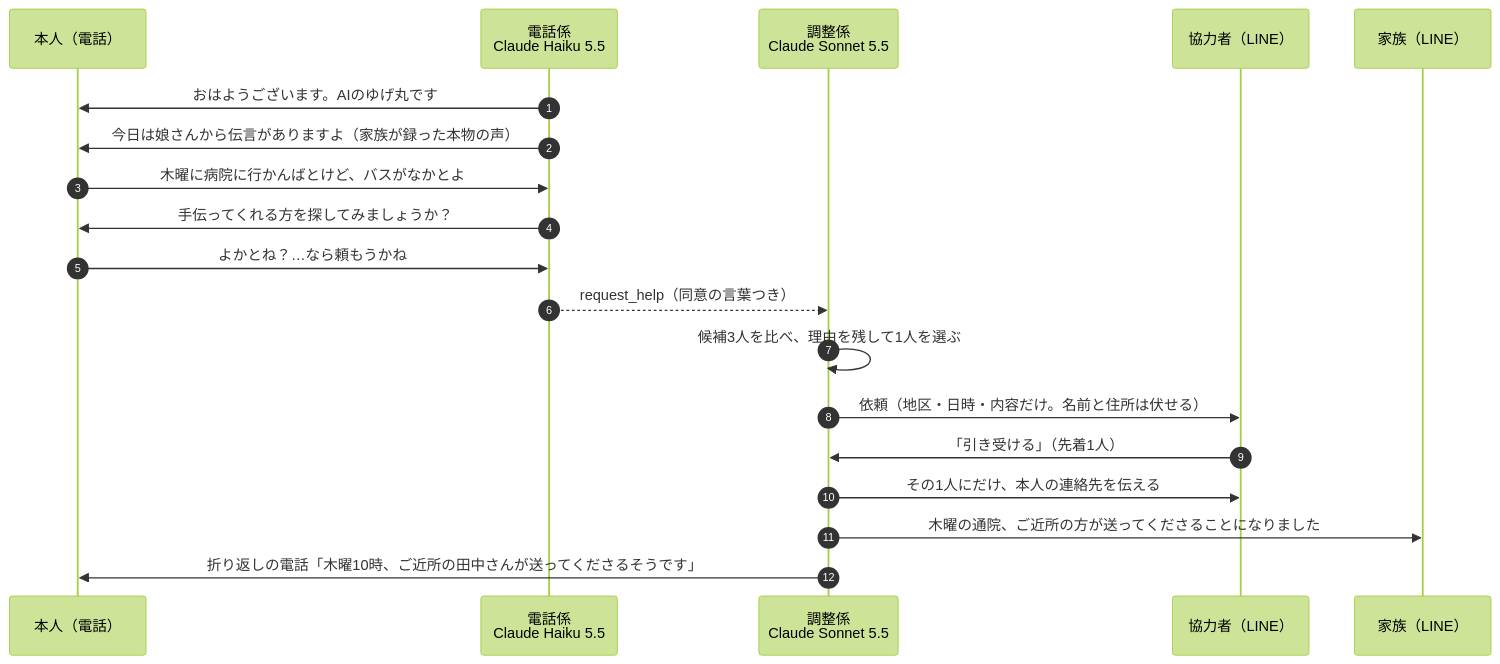
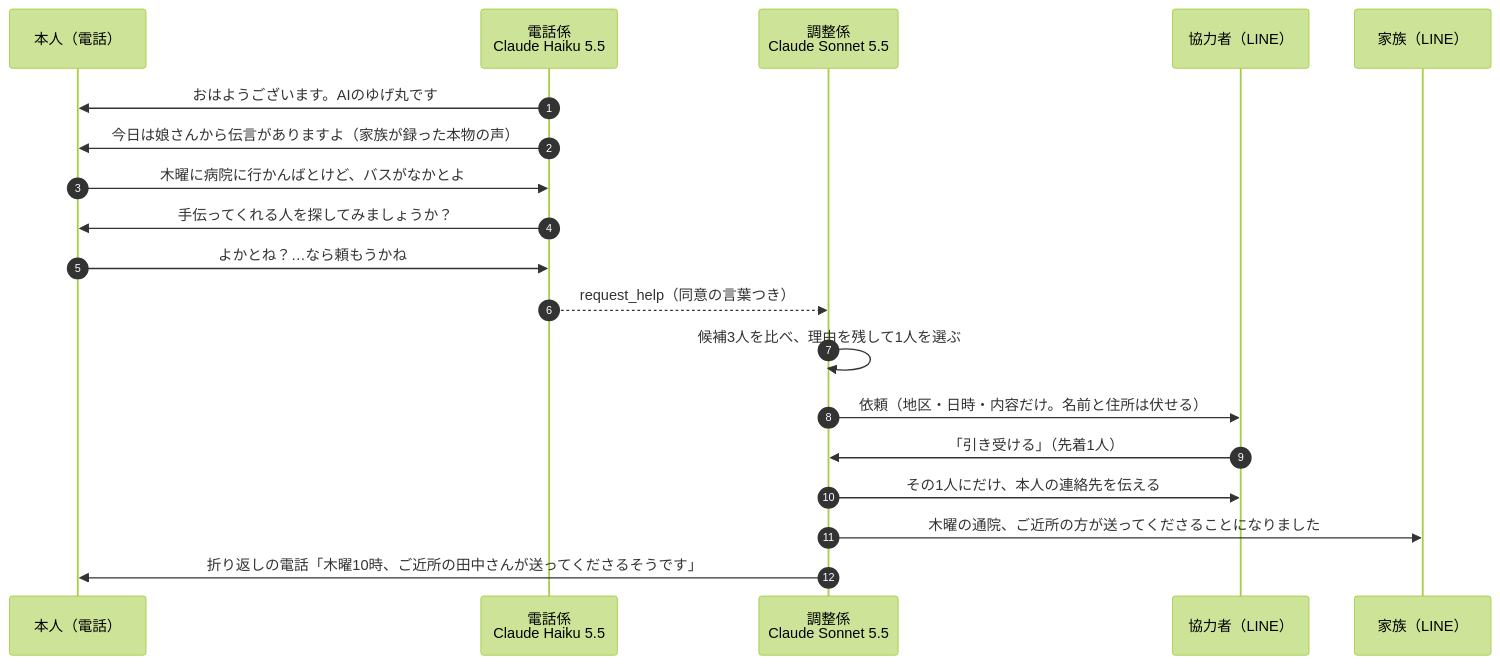
Before and after one commit to shogomatsu/denwaban-ai: the first of 2 diagrams in README.md, drawn with Mermaid (forest theme). The commit also changed other lines of this file and 8 other files, not shown here.

````diff
--- a/README.md
+++ b/README.md
@@ -31,21 +31,21 @@
 ```mermaid
 sequenceDiagram
     autonumber
     participant 本人 as 本人（電話）
     participant 電話係 as 電話係<br/>Claude Haiku 5.5
     participant 調整係 as 調整係<br/>Claude Sonnet 5.5
     participant 協力者 as 協力者（LINE）
     participant 家族 as 家族（LINE）
     電話係->>本人: おはようございます。AIのゆげ丸です
     電話係->>本人: 今日は娘さんから伝言がありますよ（家族が録った本物の声）
     本人->>電話係: 木曜に病院に行かんばとけど、バスがなかとよ
-    電話係->>本人: 手伝ってくれる方を探してみましょうか？
+    電話係->>本人: 手伝ってくれる人を探してみましょうか？
     本人->>電話係: よかとね？…なら頼もうかね
     電話係-->>調整係: request_help（同意の言葉つき）
     調整係->>調整係: 候補3人を比べ、理由を残して1人を選ぶ
     調整係->>協力者: 依頼（地区・日時・内容だけ。名前と住所は伏せる）
     協力者->>調整係: 「引き受ける」（先着1人）
     調整係->>協力者: その1人にだけ、本人の連絡先を伝える
     調整係->>家族: 木曜の通院、ご近所の方が送ってくださることになりました
     調整係->>本人: 折り返しの電話「木曜10時、ご近所の田中さんが送ってくださるそうです」
 ```
````
